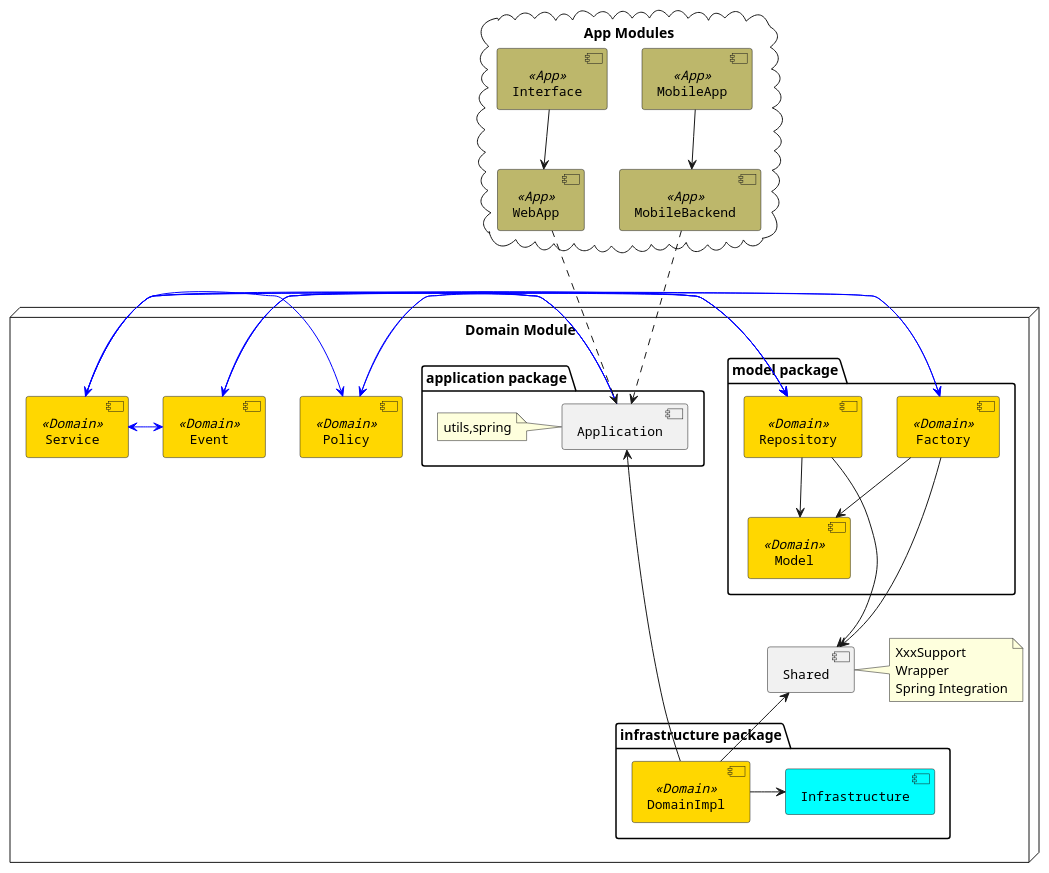
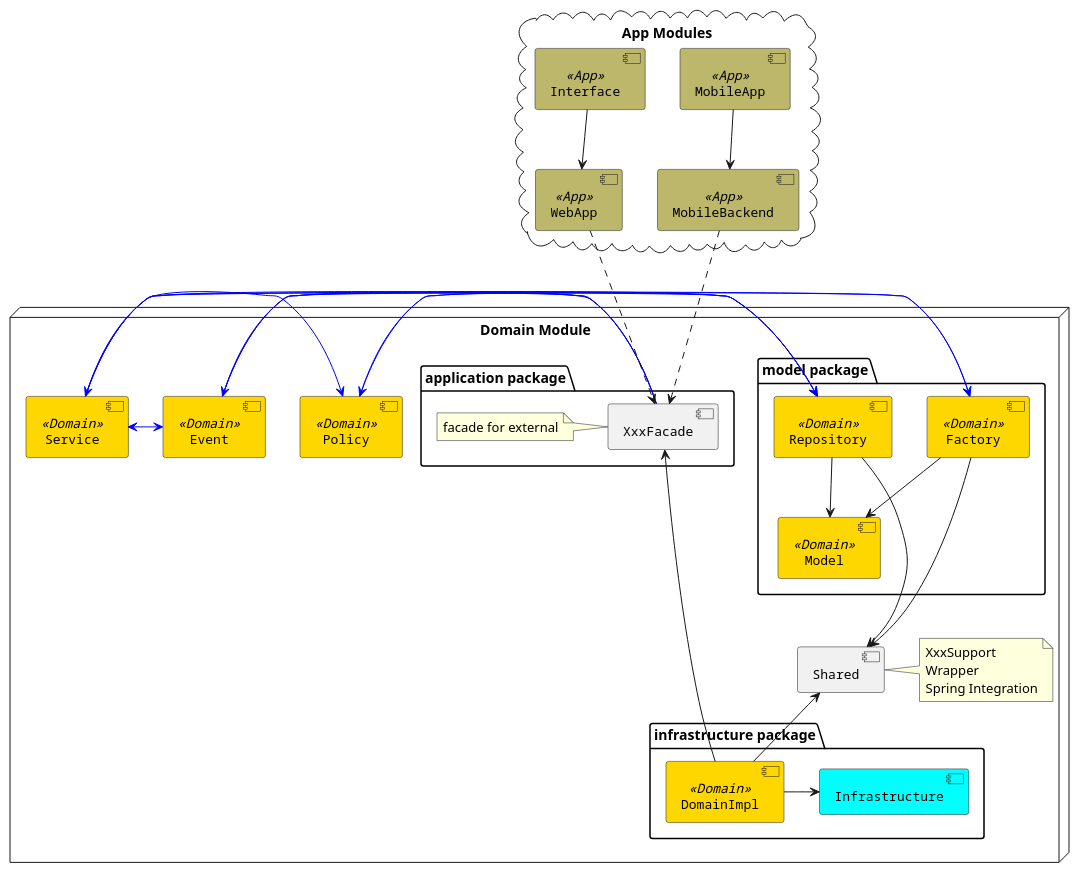
Before and after one commit to linux-china/ddd-base: the diagram in src/main/puml/ddd-components.puml, drawn with PlantUML.

Commit message:
change Application to facade

```diff
--- a/src/main/puml/ddd-components.puml
+++ b/src/main/puml/ddd-components.puml
@@ -1,63 +1,63 @@
 @startuml
 
 
 node "Domain Module" {
    package "model package" {
        [Model] <<Domain>>
        [Repository] <<Domain>>
        [Factory] <<Domain>>
     }
    [Service] <<Domain>>
    [Event] <<Domain>>
    [Policy] <<Domain>>
    [Shared]
    note right of Shared : XxxSupport\nWrapper\nSpring Integration
 
    package "application package" {
-        [Application]
-        note left of Application : utils,spring
+        [XxxFacade]
+        note left of XxxFacade : facade for external
    }
    package "infrastructure package" {
         [Infrastructure] #Aqua
         [DomainImpl] <<Domain>>
         [DomainImpl] -> [Infrastructure]
    }
 }
 
 cloud "App Modules" {
     [WebApp] <<App>>
     [MobileBackend] <<App>>
     [Interface] <<App>>
     [MobileApp] <<App>>
 }
 
 [Shared] <-- [DomainImpl]
-[Application] <--- [DomainImpl]
+[XxxFacade] <--- [DomainImpl]
 [Repository] ---> [Shared]
 [Repository] --> [Model]
 [Service] -[#0000FF]> [Repository]
 [Service] -[#0000FF]> [Factory]
 [Service] -[#0000FF]> [Policy]
 [Service] <-[#0000FF]> [Event]
 [Policy] -[#0000FF]> [Repository]
 [Factory] --> [Model]
 [Factory] ---> [Shared]
 [Event] -[#0000FF]> [Repository]
 [Event] -[#0000FF]> [Factory]
-[Application] -[#0000FF]> [Service]
-[Application] -[#0000FF]> [Event]
-[Application] -[#0000FF]> [Policy]
+[XxxFacade] -[#0000FF]> [Service]
+[XxxFacade] -[#0000FF]> [Event]
+[XxxFacade] -[#0000FF]> [Policy]
 
-[WebApp] ...> [Application]
+[WebApp] ...> [XxxFacade]
 [Interface] --> [WebApp]
-[MobileBackend] ...> [Application]
+[MobileBackend] ...> [XxxFacade]
 [MobileApp] --> [MobileBackend]
 
 skinparam component {
   FontSize 13
   BackgroundColor<<Domain>> gold
   BackgroundColor<<App>> DarkKhaki
   FontName Courier
 }
 
 @enduml
```
